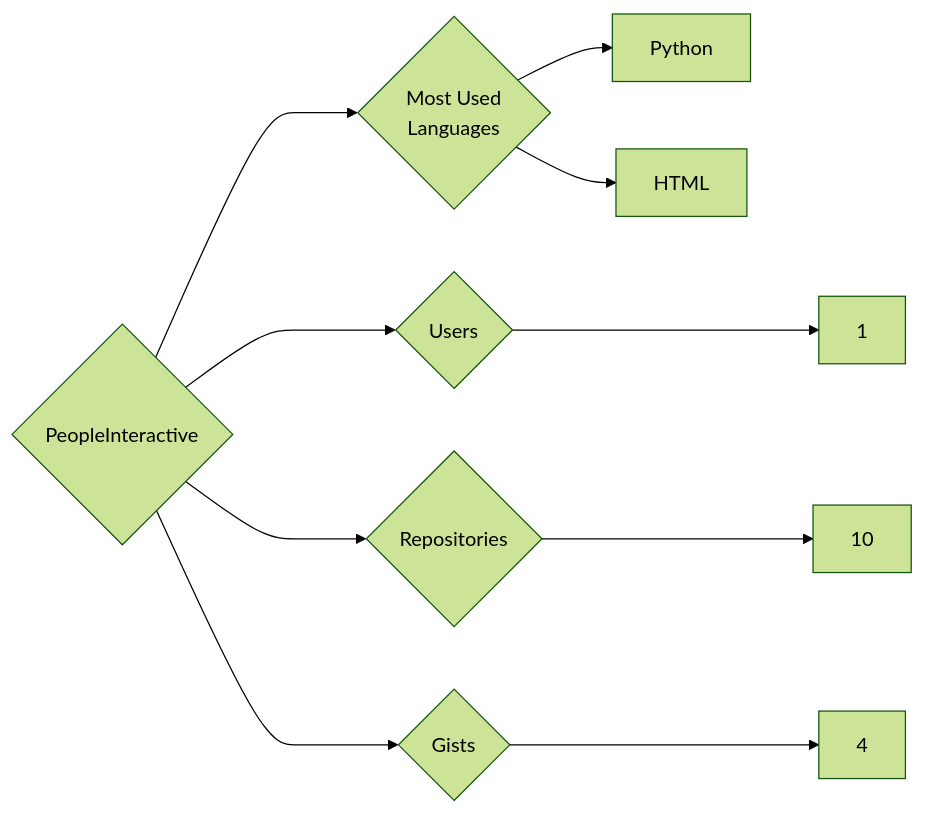
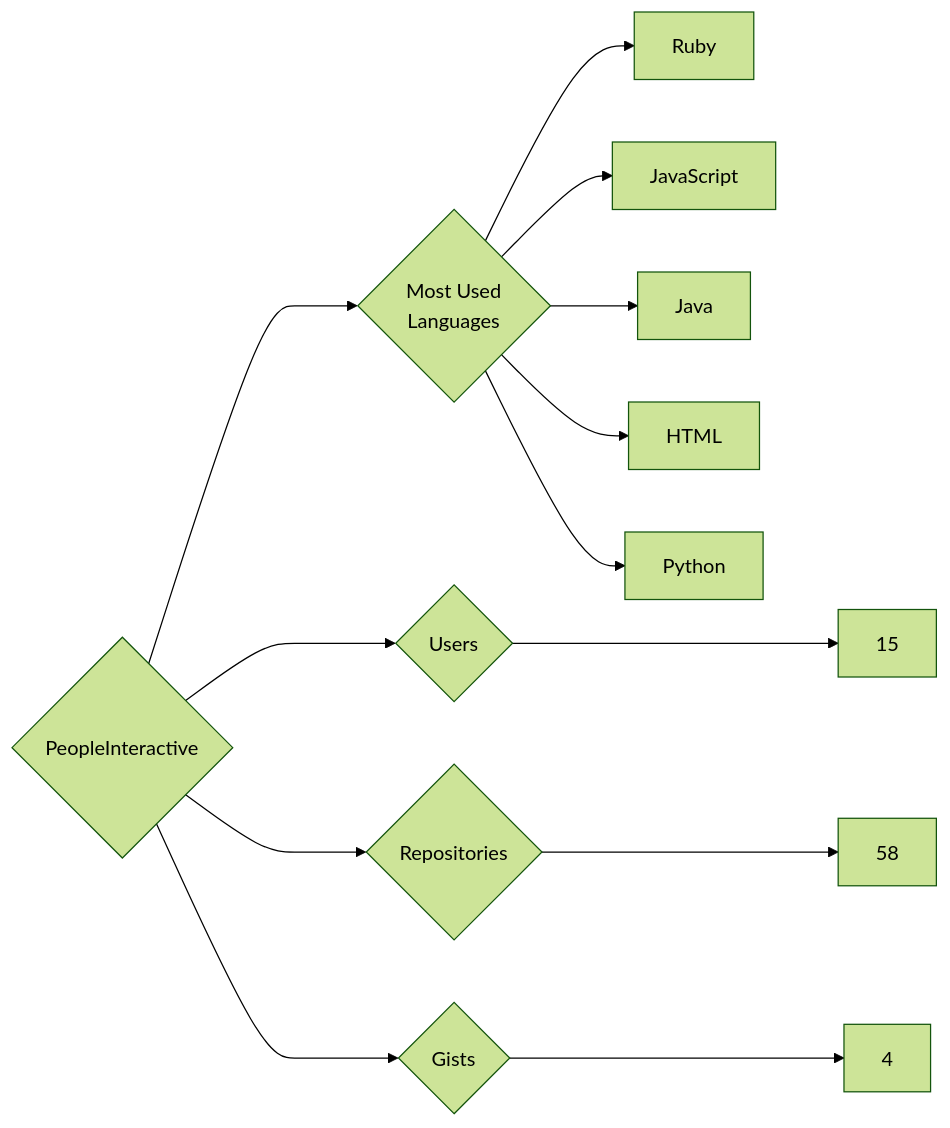
Before and after one commit to trickest/insiders: the diagram in targets/PeopleInteractive/README.md, drawn with Mermaid (forest theme). The commit also changed 1696 other files, not shown here.

````diff
--- a/targets/PeopleInteractive/README.md
+++ b/targets/PeopleInteractive/README.md
@@ -3,10 +3,13 @@
 ```mermaid
 graph LR
 COMPANY_NAME{PeopleInteractive}
-COMPANY_NAME ---> U{Users} ---> UN[1]
-COMPANY_NAME ---> R{Repositories} ---> RN[10]
+COMPANY_NAME ---> U{Users} ---> UN[15]
+COMPANY_NAME ---> R{Repositories} ---> RN[58]
 COMPANY_NAME ---> G{Gists} ---> GN[4]
 COMPANY_NAME ---> ML{Most Used<br>Languages}
+ML --> Ruby[Ruby]
+ML --> JavaScript[JavaScript]
+ML --> Java[Java]
+ML --> HTML[HTML]
 ML --> Python[Python]
-ML --> HTML[HTML]
 ```
````
